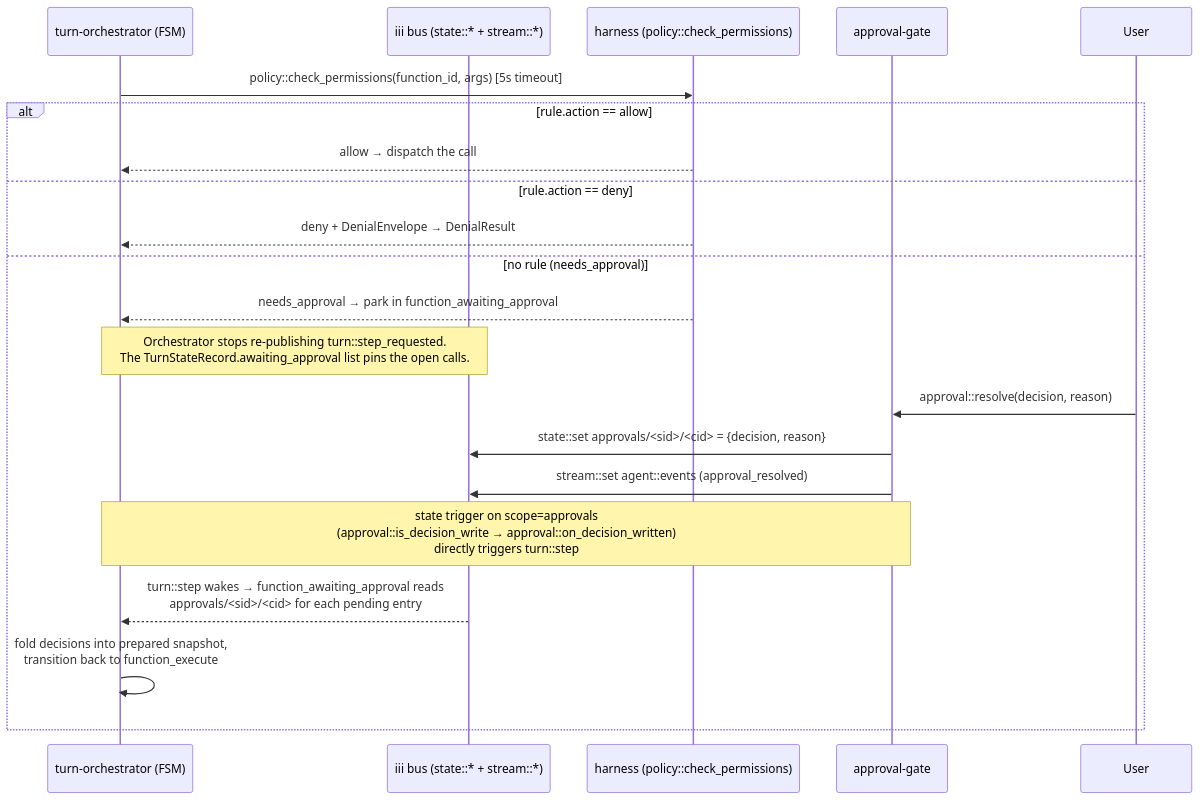
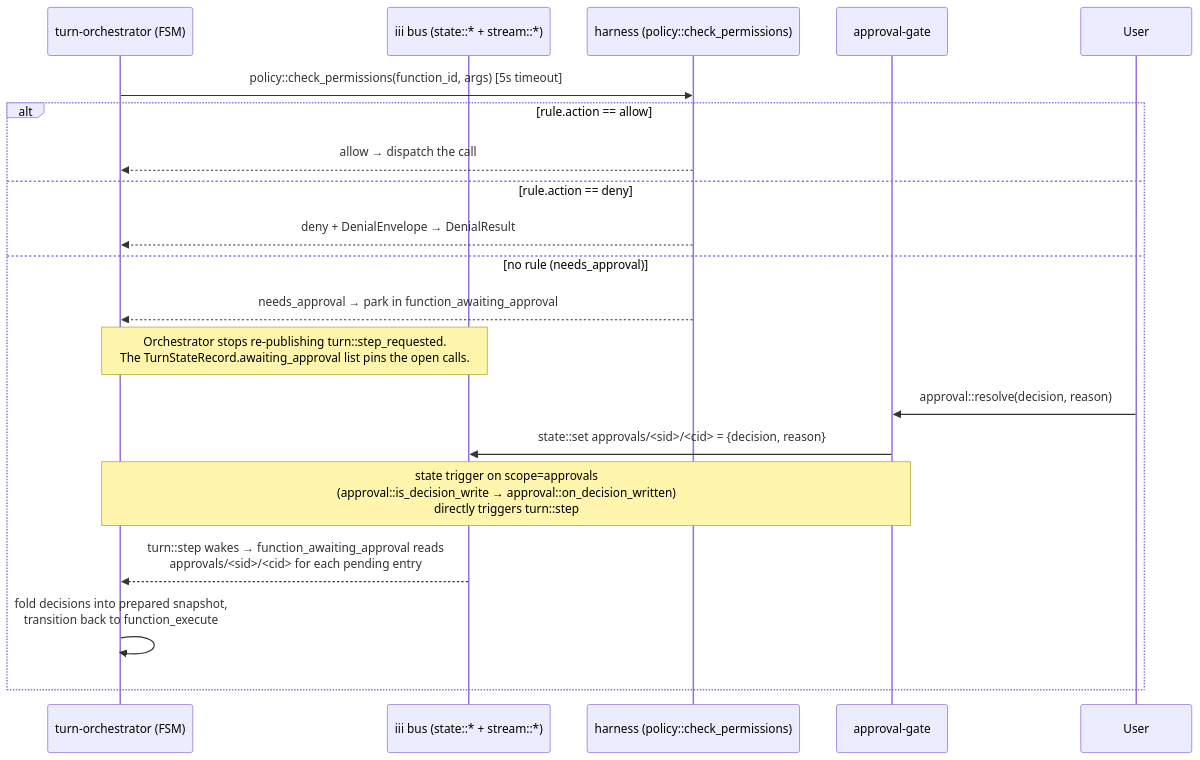
The third of 5 diagrams in harness-node/docs/architecture.md (iii-hq/workers), drawn with Mermaid before and after one commit. The commit also changed 2 other files, not shown here.

Commit message:
docs(approval-gate): describe state-derived pending-approval signalling

````diff
--- a/harness-node/docs/architecture.md
+++ b/harness-node/docs/architecture.md
@@ -124,24 +124,23 @@
 ```mermaid
 sequenceDiagram
   participant Turn as turn-orchestrator (FSM)
   participant Bus as iii bus (state::* + stream::*)
   participant Harness as harness (policy::check_permissions)
   participant Gate as approval-gate
   participant User
 
   Turn->>Harness: policy::check_permissions(function_id, args) [5s timeout]
   alt rule.action == allow
     Harness-->>Turn: allow → dispatch the call
   else rule.action == deny
     Harness-->>Turn: deny + DenialEnvelope → DenialResult
   else no rule (needs_approval)
     Harness-->>Turn: needs_approval → park in function_awaiting_approval
     Note over Turn,Bus: Orchestrator stops re-publishing turn::step_requested.<br/>The TurnStateRecord.awaiting_approval list pins the open calls.
     User->>Gate: approval::resolve(decision, reason)
     Gate->>Bus: state::set approvals/<sid>/<cid> = {decision, reason}
-    Gate->>Bus: stream::set agent::events (approval_resolved)
     Note over Gate,Turn: state trigger on scope=approvals<br/>(approval::is_decision_write → approval::on_decision_written)<br/>directly triggers turn::step
     Bus-->>Turn: turn::step wakes → function_awaiting_approval reads<br/>approvals/<sid>/<cid> for each pending entry
     Turn->>Turn: fold decisions into prepared snapshot,<br/>transition back to function_execute
   end
 ```
````
